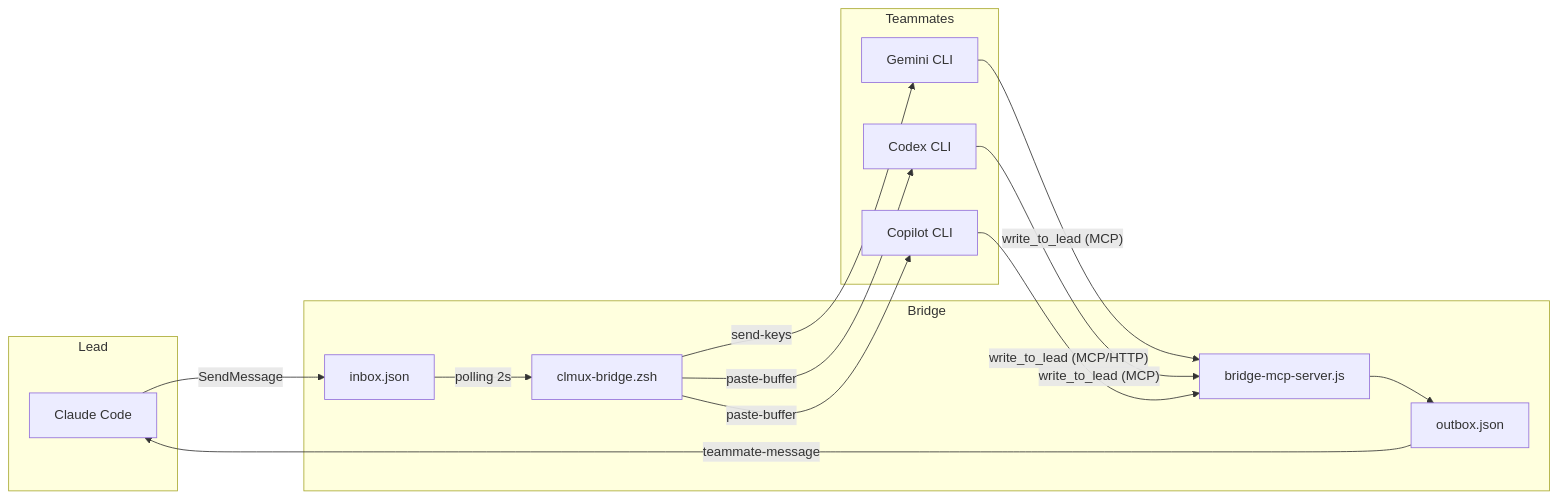
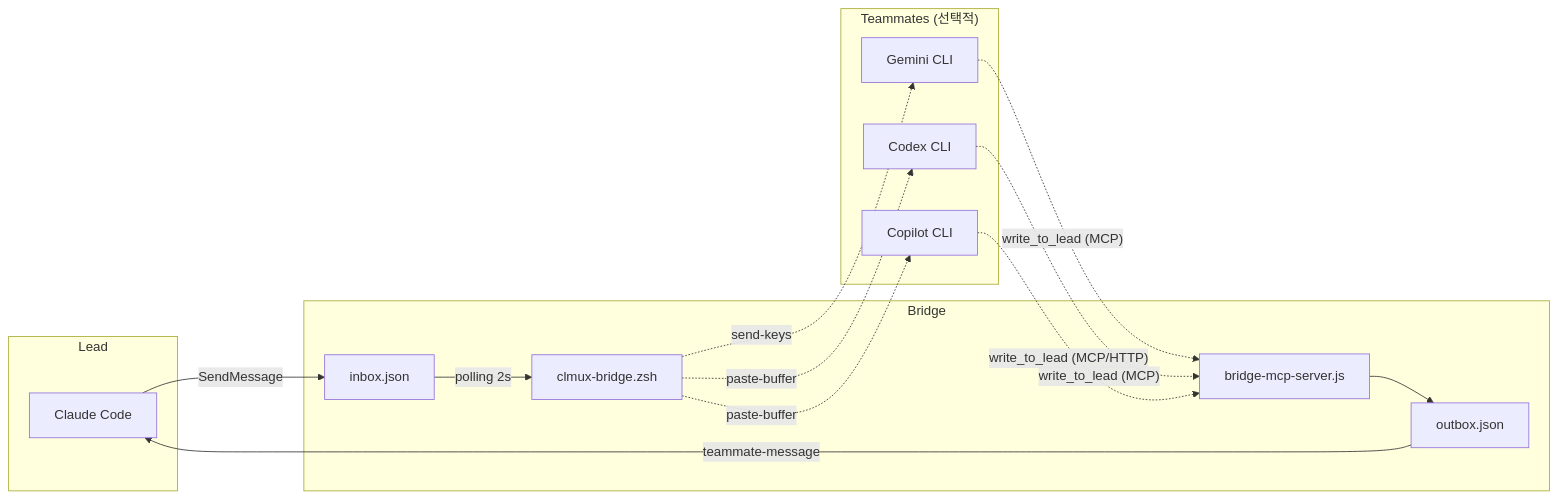
Before and after one commit to DvwN-Lee/clau-mux: the diagram in README.md, drawn with Mermaid. The commit also changed 1 other file, not shown here.

Commit message:
fix: Shutdown.png case + architecture optional teammates

````diff
--- a/README.md
+++ b/README.md
@@ -15,30 +15,30 @@
 ```mermaid
 flowchart LR
   subgraph Lead
     CC[Claude Code]
   end
 
   subgraph Bridge
     inbox[inbox.json]
     bridge[clmux-bridge.zsh]
     mcp[bridge-mcp-server.js]
     outbox[outbox.json]
   end
 
-  subgraph Teammates
+  subgraph Teammates["Teammates (선택적)"]
     G[Gemini CLI]
     X[Codex CLI]
     P[Copilot CLI]
   end
 
   CC -- "SendMessage" --> inbox
   inbox -- "polling 2s" --> bridge
-  bridge -- "send-keys" --> G
-  bridge -- "paste-buffer" --> X
-  bridge -- "paste-buffer" --> P
-  G -- "write_to_lead (MCP)" --> mcp
-  X -- "write_to_lead (MCP)" --> mcp
-  P -- "write_to_lead (MCP/HTTP)" --> mcp
+  bridge -. "send-keys" .-> G
+  bridge -. "paste-buffer" .-> X
+  bridge -. "paste-buffer" .-> P
+  G -. "write_to_lead (MCP)" .-> mcp
+  X -. "write_to_lead (MCP)" .-> mcp
+  P -. "write_to_lead (MCP/HTTP)" .-> mcp
   mcp --> outbox
   outbox -- "teammate-message" --> CC
 ```
````
